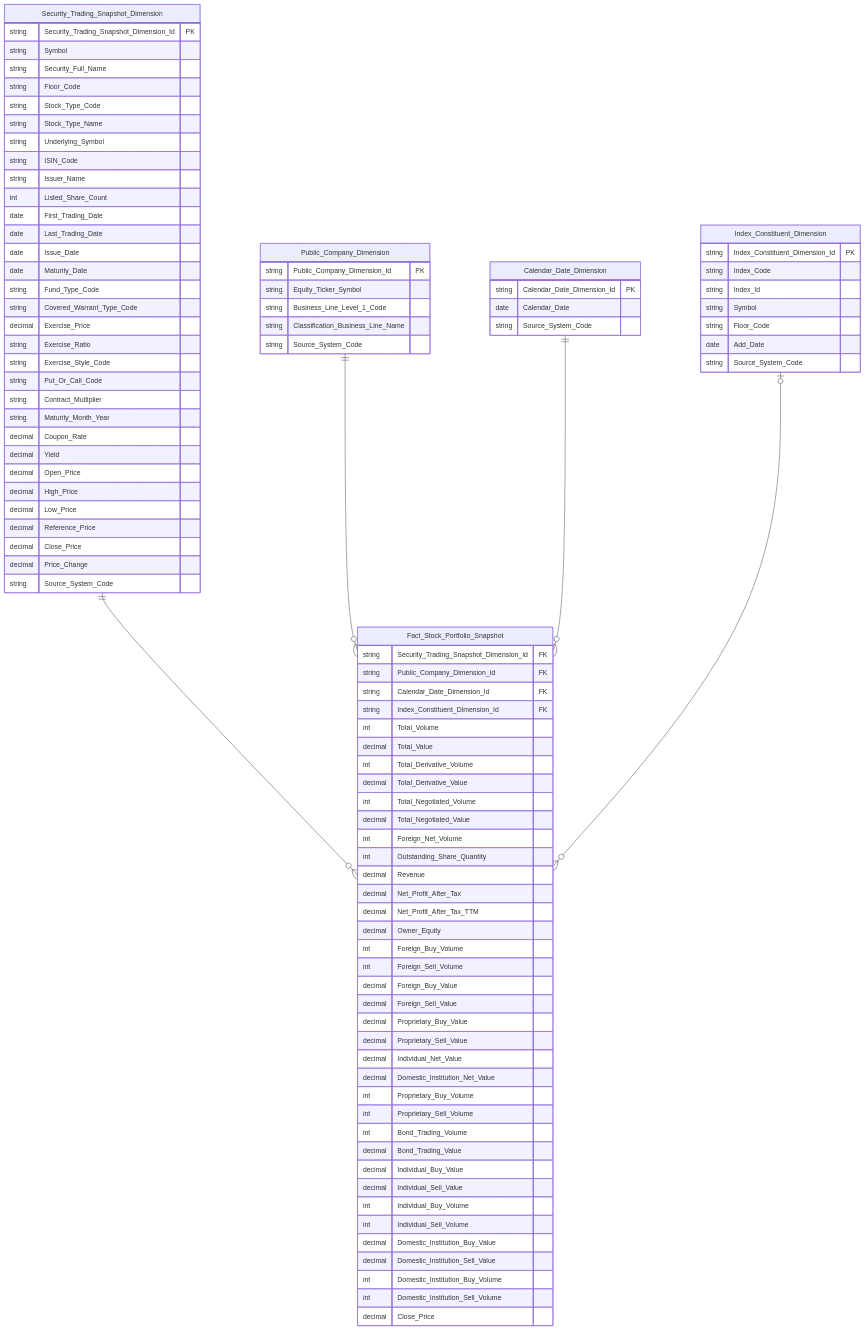
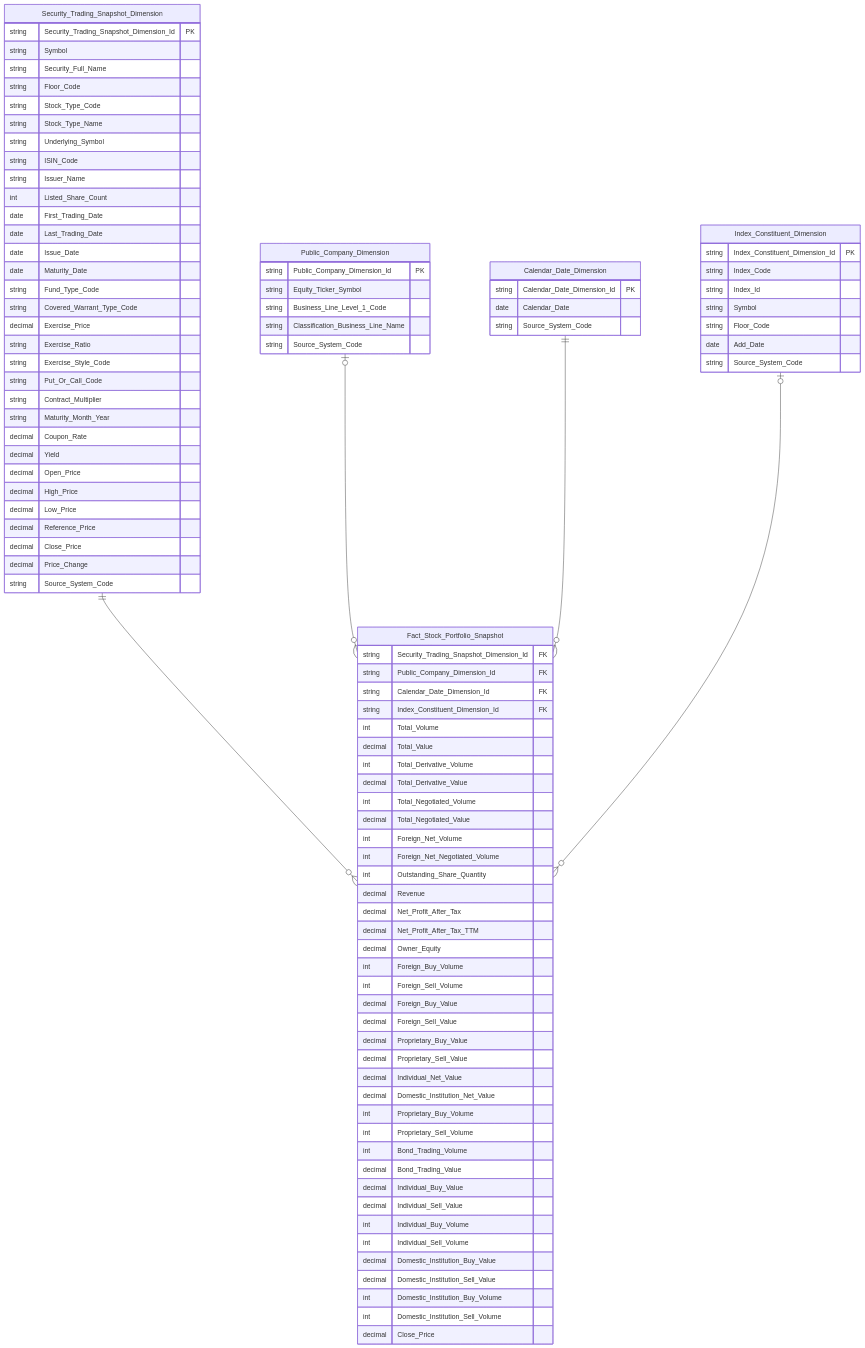
The fifth of 45 diagrams in Datamart/hld/DTM_GSTT_HLD.md (linhlvit/ubck_atomic_design), drawn with Mermaid before and after one commit. The commit also changed other lines of this file and 7 other files, not shown here.

Commit message:
feat(gstt): cap nhat thiet ke datamart GSTT moi nhat - deprecate K_GSTT_6, bo sung foreign_net_negotiated_vol va dong bo BA/LLD

````diff
--- a/Datamart/hld/DTM_GSTT_HLD.md
+++ b/Datamart/hld/DTM_GSTT_HLD.md
@@ -264,6 +266,7 @@
         int Total_Negotiated_Volume
         decimal Total_Negotiated_Value
         int Foreign_Net_Volume
+        int Foreign_Net_Negotiated_Volume
         int Outstanding_Share_Quantity
         decimal Revenue
         decimal Net_Profit_After_Tax
@@ -292,7 +295,7 @@
         decimal Close_Price
     }
     Security_Trading_Snapshot_Dimension ||--o{ Fact_Stock_Portfolio_Snapshot : " "
-    Public_Company_Dimension ||--o{ Fact_Stock_Portfolio_Snapshot : " "
+    Public_Company_Dimension |o--o{ Fact_Stock_Portfolio_Snapshot : " "
     Calendar_Date_Dimension ||--o{ Fact_Stock_Portfolio_Snapshot : " "
     Index_Constituent_Dimension |o--o{ Fact_Stock_Portfolio_Snapshot : " "
 ```
````
